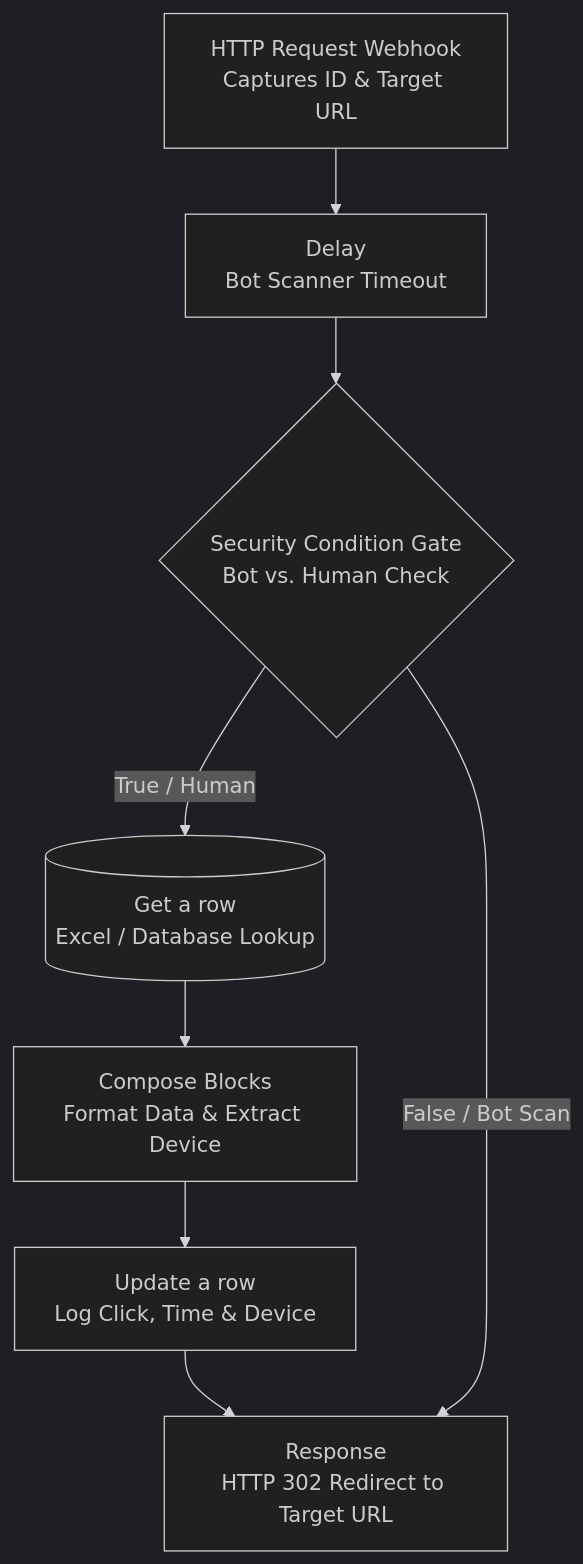
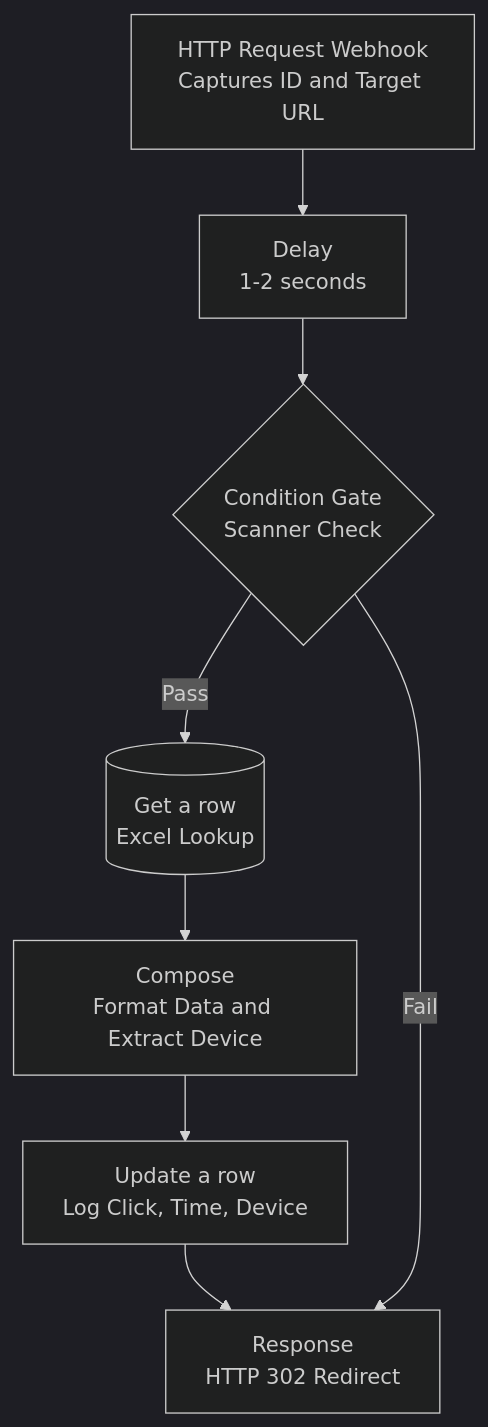
Before and after one commit to adilshasrehman-source/gtm-engagement-tracking-engine: the diagram in 02_Click_and_Device_Flow_Architecture.md, drawn with Mermaid (dark theme). The commit also changed other lines of this file, not shown here.

````diff
--- a/02_Click_and_Device_Flow_Architecture.md
+++ b/02_Click_and_Device_Flow_Architecture.md
@@ -10,10 +9,10 @@
 ```mermaid
 graph TD
-    A[HTTP Request Webhook<br>Captures ID & Target URL] --> B[Delay<br>Bot Scanner Timeout]
-    B --> C{Security Condition Gate<br>Bot vs. Human Check}
-    C -- True / Human --> D[(Get a row<br>Excel / Database Lookup)]
-    D --> E[Compose Blocks<br>Format Data & Extract Device]
-    E --> F[Update a row<br>Log Click, Time & Device]
-    F --> G[Response<br>HTTP 302 Redirect to Target URL]
-    C -- False / Bot Scan --> G
+    A[HTTP Request Webhook<br>Captures ID and Target URL] --> B[Delay<br>1-2 seconds]
+    B --> C{Condition Gate<br>Scanner Check}
+    C -- Pass --> D[(Get a row<br>Excel Lookup)]
+    D --> E[Compose<br>Format Data and Extract Device]
+    E --> F[Update a row<br>Log Click, Time, Device]
+    F --> G[Response<br>HTTP 302 Redirect]
+    C -- Fail --> G
 ```
````
